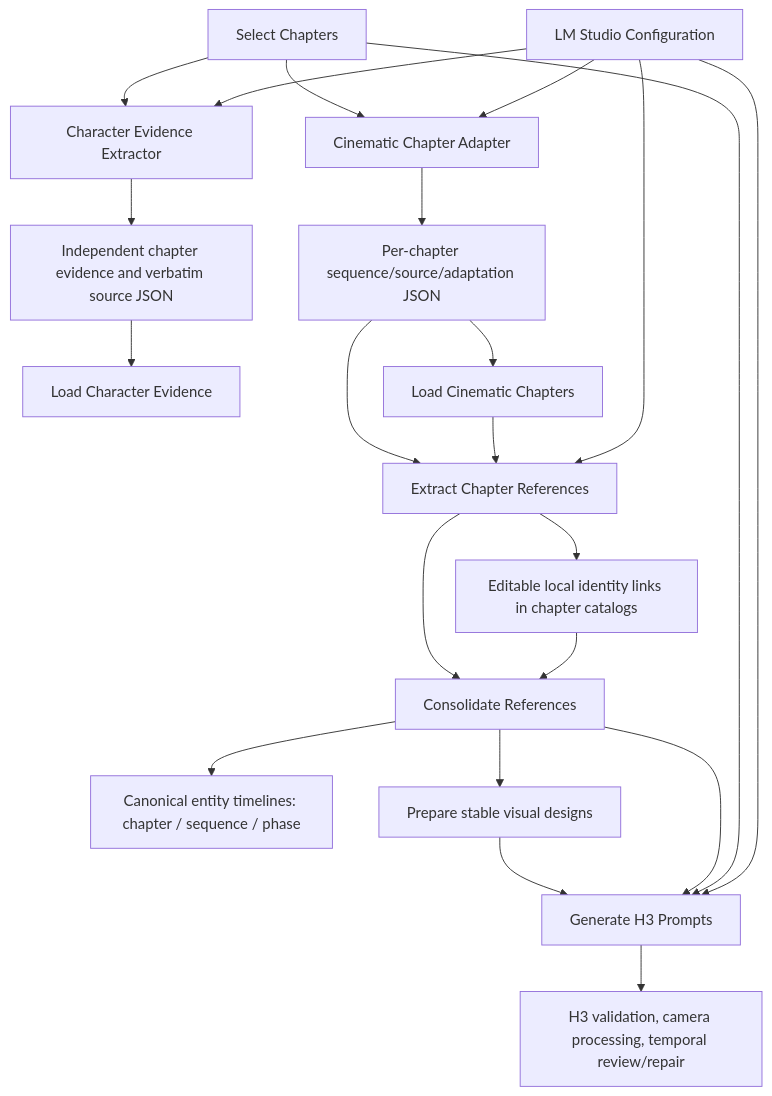
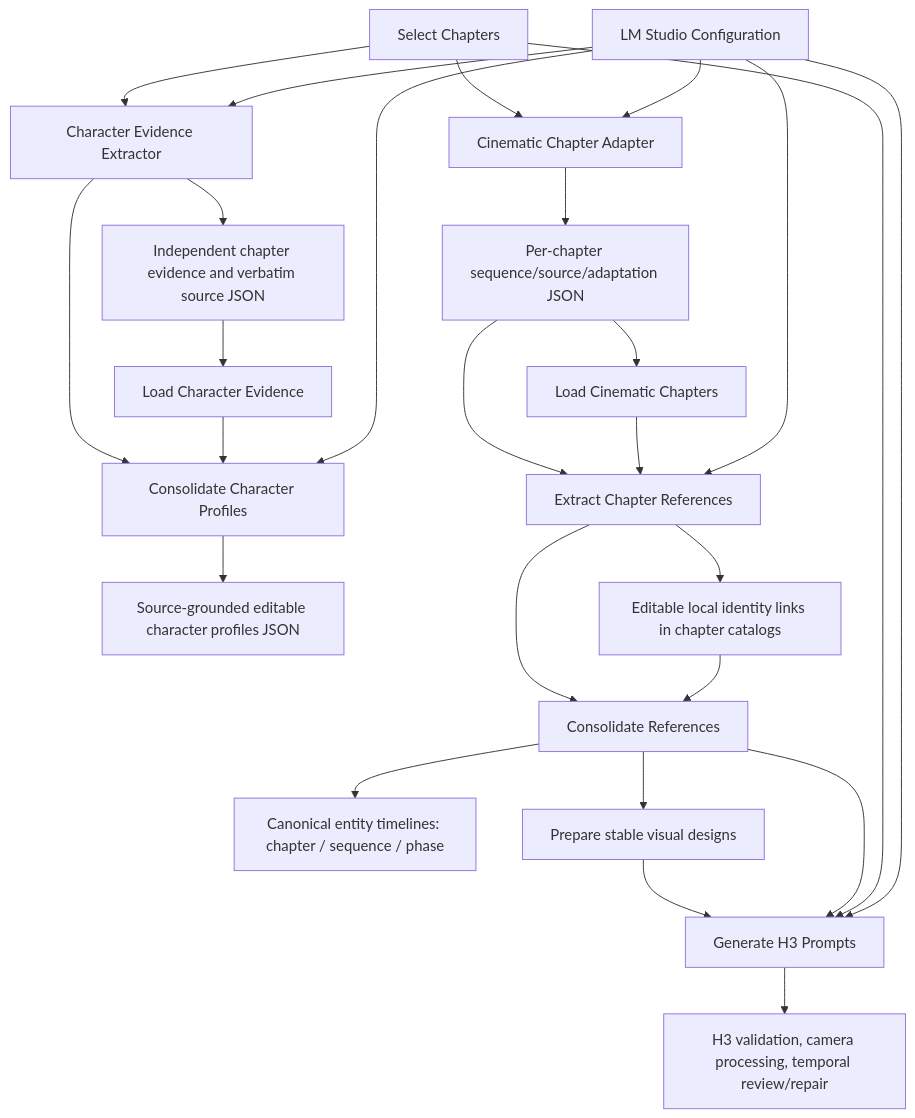
The first of 2 diagrams in docs/architecture.md (yuyuki/ComfyUI-Minimax_H3_Novel_Pipeline), drawn with Mermaid before and after one commit. The commit also changed other lines of this file and 9 other files, not shown here.

Commit message:
Add Consolidate Character Profiles node and related documentation; update architecture and examples to reflect new functionality; implement character profiles validation and evidence preparation logic.

````diff
--- a/docs/architecture.md
+++ b/docs/architecture.md
@@ -10,24 +10,28 @@
 ```mermaid
 flowchart TD
     selector["Select Chapters"] --> adapter["Cinematic Chapter Adapter"]
     config --> adapter
     selector --> evidence["Character Evidence Extractor"]
     config --> evidence
     evidence --> evidence_json["Independent chapter evidence and verbatim source JSON"]
     evidence_json --> evidence_loader["Load Character Evidence"]
+    evidence --> profiles["Consolidate Character Profiles"]
+    evidence_loader --> profiles
+    config --> profiles
+    profiles --> profiles_json["Source-grounded editable character profiles JSON"]
     adapter --> adapted["Per-chapter sequence/source/adaptation JSON"]
     adapted --> extract
     adapted --> loader["Load Cinematic Chapters"]
     loader --> extract
     config["LM Studio Configuration"] --> extract["Extract Chapter References"]
     extract --> consolidate["Consolidate References"]
     consolidate --> timeline["Canonical entity timelines: chapter / sequence / phase"]
     extract --> local["Editable local identity links in chapter catalogs"]
     local --> consolidate
     consolidate --> designs["Prepare stable visual designs"]
     designs --> generate["Generate H3 Prompts"]
     consolidate --> generate
     selector --> generate
     config --> generate
     generate --> review["H3 validation, camera processing, temporal review/repair"]
 ```
````
